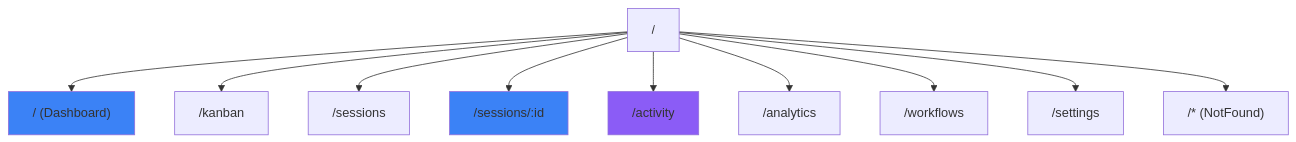
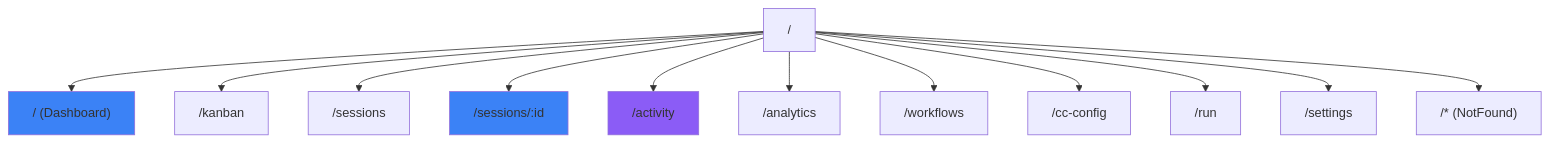
Before and after one commit to StrainReviews/Claude-Code-Agent-Monitor: the eighth of 19 diagrams in client/README.md, drawn with Mermaid. The commit also changed other lines of this file and 68 other files, not shown here.

````diff
--- a/client/README.md
+++ b/client/README.md
@@ -438,19 +438,21 @@
 ```mermaid
 graph TB
     Root["/"]
     Dashboard["/ (Dashboard)"]
     Kanban["/kanban"]
     Sessions["/sessions"]
     Detail["/sessions/:id"]
     Feed["/activity"]
     Analytics["/analytics"]
     Workflows["/workflows"]
+    CcConfig["/cc-config"]
+    Run["/run"]
     Settings["/settings"]
     NF["/* (NotFound)"]
 
-    Root --> Dashboard & Kanban & Sessions & Detail & Feed & Analytics & Workflows & Settings & NF
+    Root --> Dashboard & Kanban & Sessions & Detail & Feed & Analytics & Workflows & CcConfig & Run & Settings & NF
 
     style Dashboard fill:#3B82F6
     style Detail fill:#3B82F6
     style Feed fill:#8B5CF6
 ```
````
